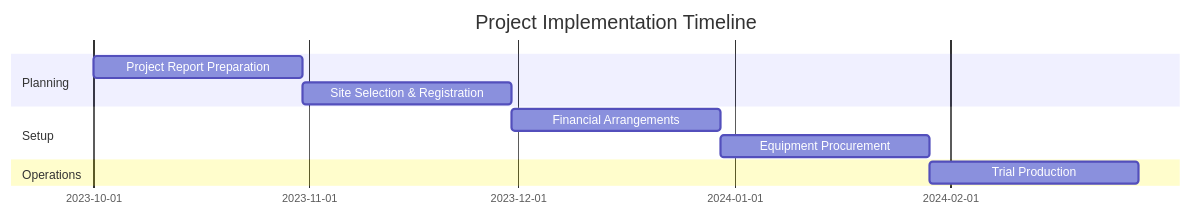
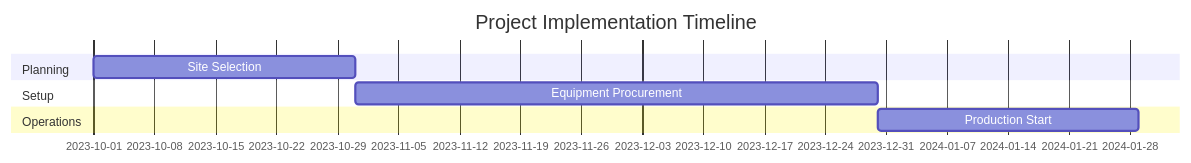
One commit to arindampradhan/pmegpeportal-programme changed diagram 13 of 16 in docs/0001_3PlyMask/Deep-Research.md. Above: the diagram before and after it, drawn with Mermaid. The commit also changed other lines of this file and 2 other files, not shown here.

````diff
--- a/docs/0001_3PlyMask/Deep-Research.md
+++ b/docs/0001_3PlyMask/Deep-Research.md
@@ -387,13 +357,11 @@
 ```mermaid
 gantt
     title Project Implementation Timeline
     dateFormat  YYYY-MM-DD
     section Planning
-    Project Report Preparation :a1, 2023-10-01, 30d
-    Site Selection & Registration :a2, after a1, 30d
+    Site Selection    :a1, 2023-10-01, 30d
     section Setup
-    Financial Arrangements :a3, after a2, 30d
-    Equipment Procurement :a4, after a3, 30d
+    Equipment Procurement :a2, after a1, 60d
     section Operations
-    Trial Production :a5, after a4, 30d
+    Production Start  :a3, after a2, 30d
 ```
````
